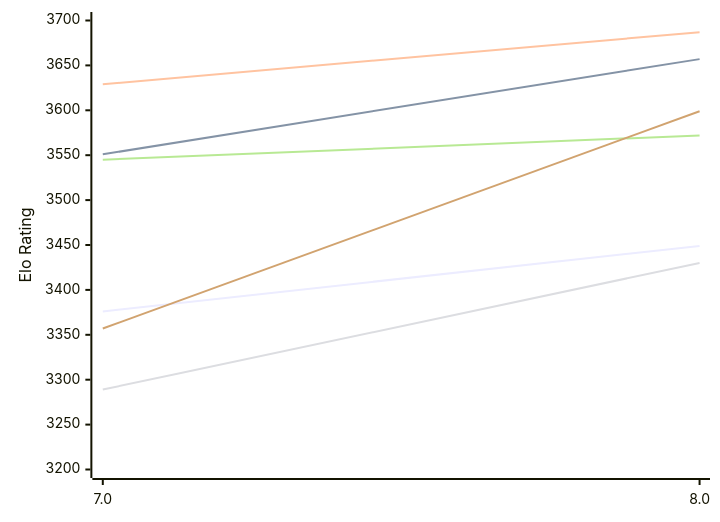
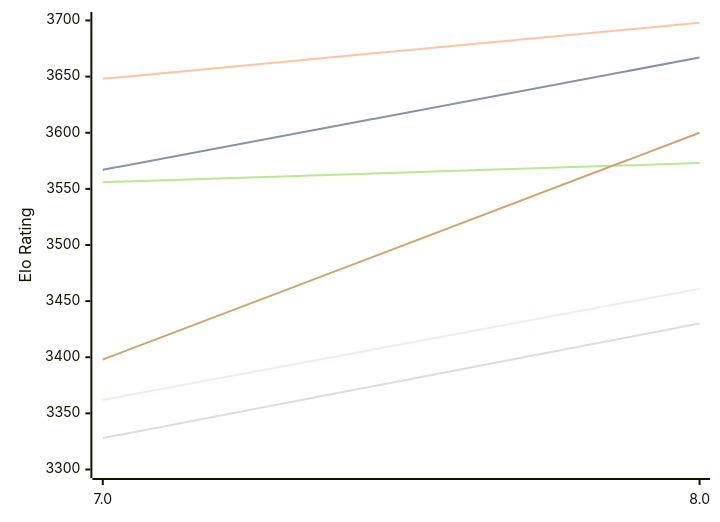
The first of 2 diagrams in engines/Integral.md (computer-chess-index/cci), drawn with Mermaid before and after one commit. The commit also changed other lines of this file, not shown here.

Commit message:
Update CCI Ratings (ELO VLTC) - 2026-11-16

````diff
--- a/engines/Integral.md
+++ b/engines/Integral.md
@@ -50,12 +50,12 @@
 ```mermaid
 %%{init: {"theme":"base","themeVariables":{"seriesColors:['#a3a3a3','#222221','#faa371']}}}%%
 xychart-beta
   x-axis ["7.0", "8.0"]
-  y-axis "Elo Rating" 3200 --> 3700
-  line "E1: STC (8.0+0.08s)" [3376, 3449]
-  line "E1: LTC (60.0+0.60s)" [3551, 3657]
-  line "E1: VLTC (2m24s+1.12s)" [3629, 3687]
-  line "P1: STC (8.0+0.08s)" [3289, 3430]
-  line "P1: LTC (60.0+0.60s)" [3545, 3572]
-  line "P1: VLTC (2m24s+1.12s)" [3357, 3599]
+  y-axis "Elo Rating" 3300 --> 3700
+  line "E1: STC (8.0+0.08s)" [3362, 3461]
+  line "E1: LTC (60.0+0.60s)" [3567, 3667]
+  line "E1: VLTC (2m24s+1.12s)" [3648, 3698]
+  line "P1: STC (8.0+0.08s)" [3328, 3430]
+  line "P1: LTC (60.0+0.60s)" [3556, 3573]
+  line "P1: VLTC (2m24s+1.12s)" [3398, 3600]
 ```
````
